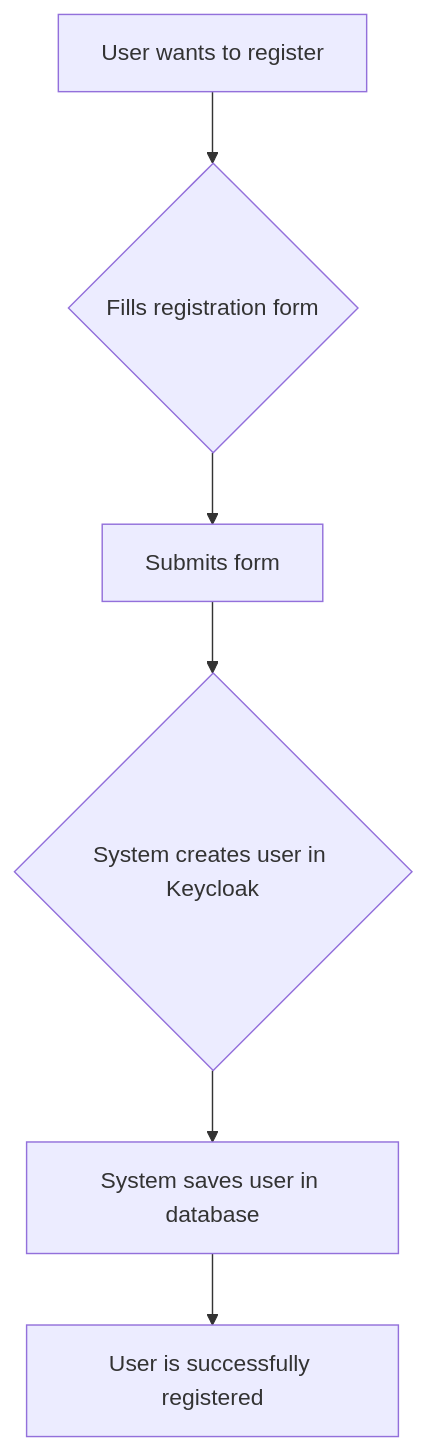
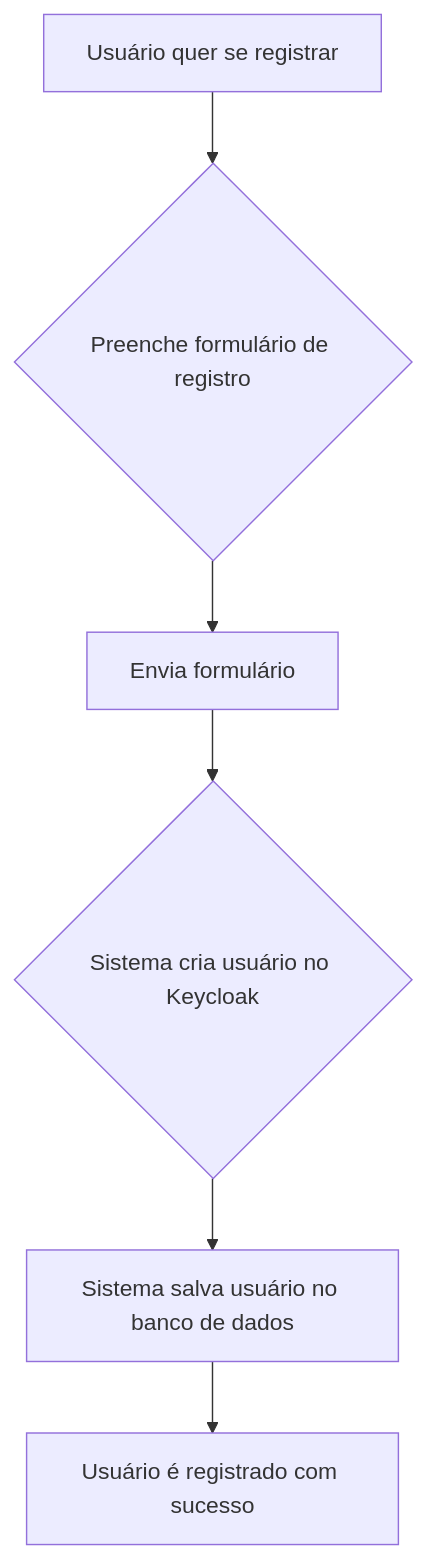
Before and after one commit to Thiagoldo/pos-unifametro-backend: the second of 16 diagrams in docs/diagrams.md, drawn with Mermaid. The commit also changed other lines of this file, not shown here.

Commit message:
docs: translate diagrams.md to portuguese

````diff
--- a/docs/diagrams.md
+++ b/docs/diagrams.md
@@ -27,8 +27,8 @@
 ```mermaid
 graph TD
-    A[User wants to register] --> B{Fills registration form};
-    B --> C[Submits form];
-    C --> D{System creates user in Keycloak};
-    D --> E[System saves user in database];
-    E --> F[User is successfully registered];
+    A[Usuário quer se registrar] --> B{Preenche formulário de registro};
+    B --> C[Envia formulário];
+    C --> D{Sistema cria usuário no Keycloak};
+    D --> E[Sistema salva usuário no banco de dados];
+    E --> F[Usuário é registrado com sucesso];
 ```
````
